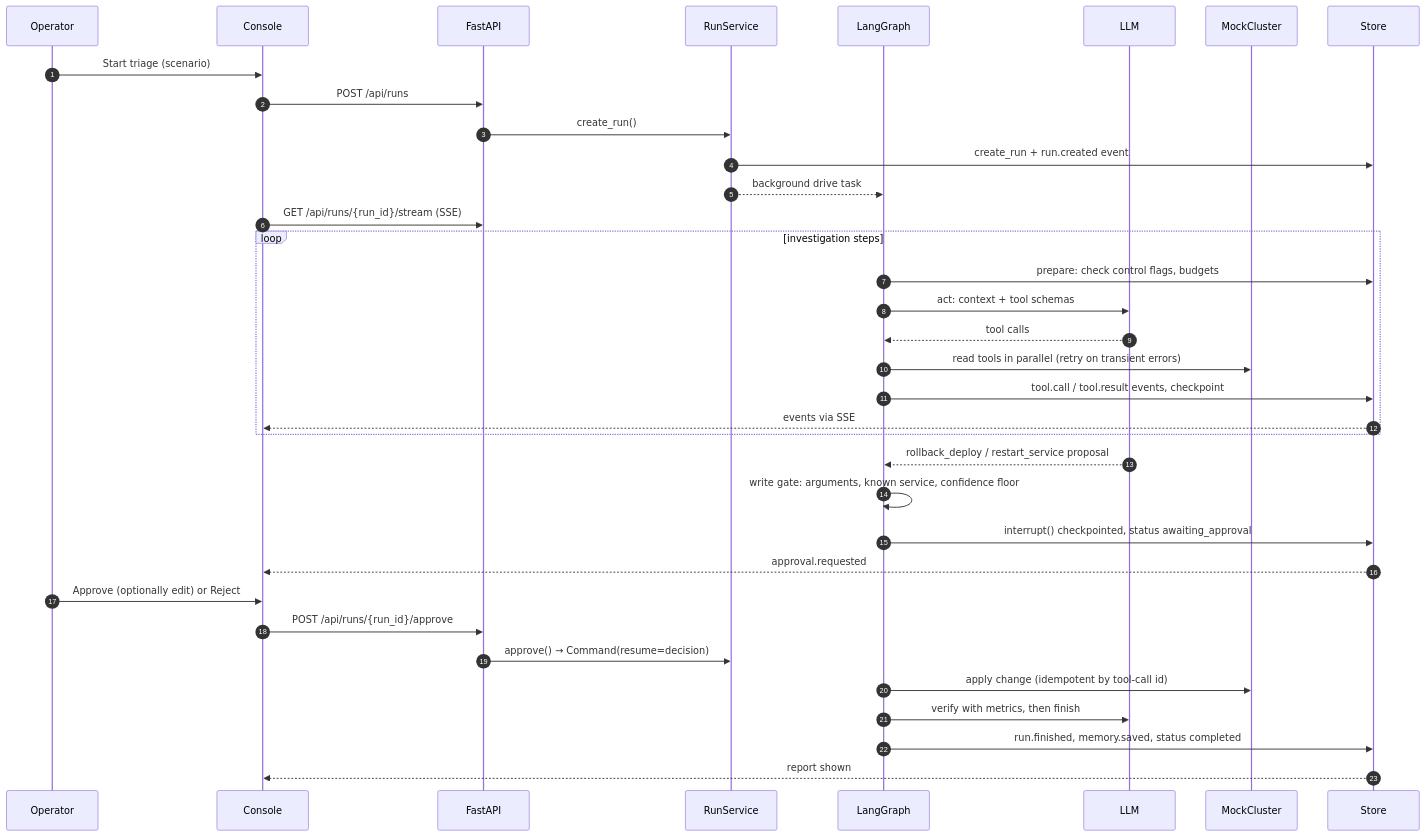
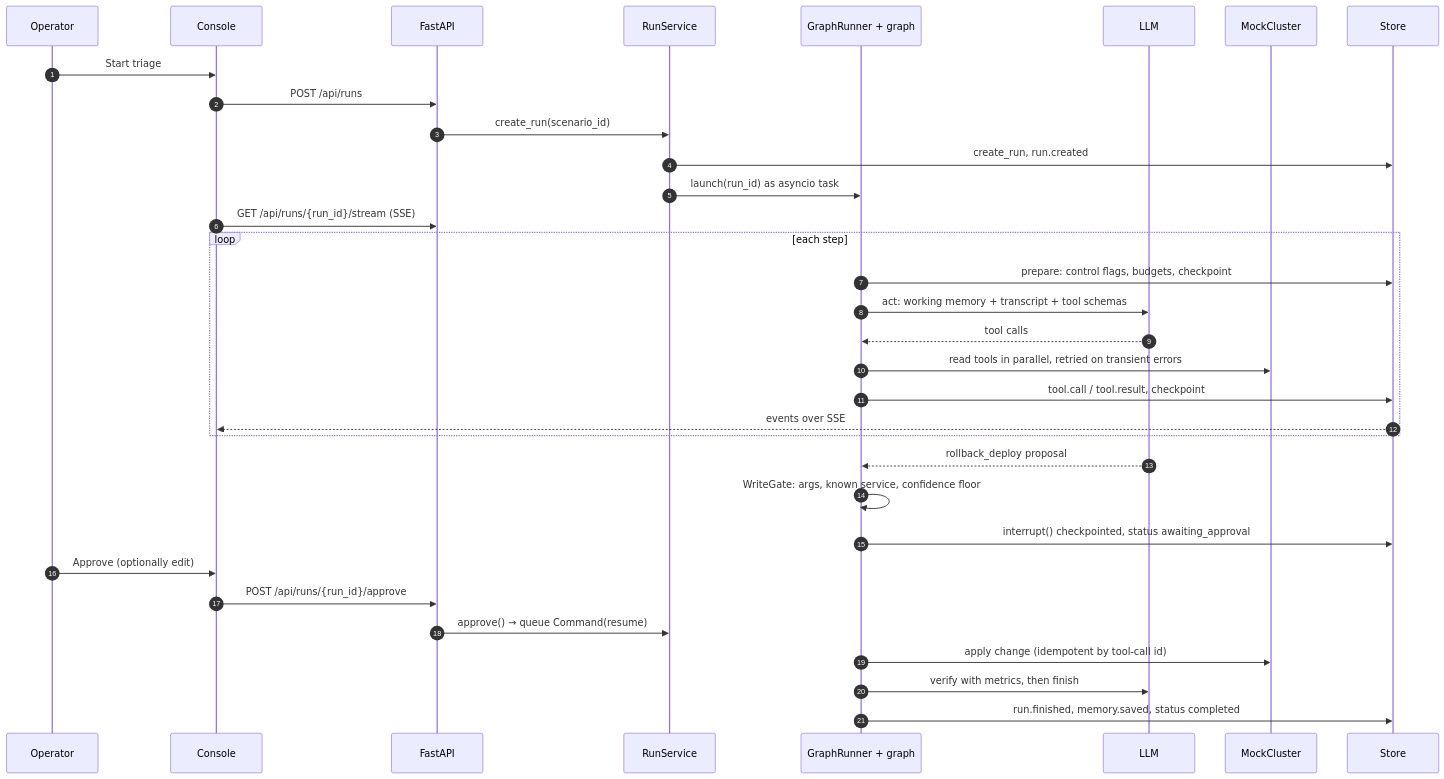
One commit to Zulfiqar7862/incident-triage-agent changed the third of 4 diagrams in docs/HLD.md. Above: the diagram before and after it, drawn with Mermaid. The commit also changed other lines of this file and 17 other files, not shown here.

````diff
--- a/docs/HLD.md
+++ b/docs/HLD.md
@@ -110,38 +134,36 @@
 ```mermaid
 sequenceDiagram
   autonumber
   participant Op as Operator
   participant UI as Console
   participant API as FastAPI
   participant RS as RunService
-  participant G as LangGraph
+  participant G as GraphRunner + graph
   participant M as LLM
   participant C as MockCluster
   participant S as Store
 
-  Op->>UI: Start triage (scenario)
+  Op->>UI: Start triage
   UI->>API: POST /api/runs
-  API->>RS: create_run()
-  RS->>S: create_run + run.created event
-  RS-->>G: background drive task
+  API->>RS: create_run(scenario_id)
+  RS->>S: create_run, run.created
+  RS->>G: launch(run_id) as asyncio task
   UI->>API: GET /api/runs/{run_id}/stream (SSE)
-  loop investigation steps
-    G->>S: prepare: check control flags, budgets
-    G->>M: act: context + tool schemas
+  loop each step
+    G->>S: prepare: control flags, budgets, checkpoint
+    G->>M: act: working memory + transcript + tool schemas
     M-->>G: tool calls
-    G->>C: read tools in parallel (retry on transient errors)
-    G->>S: tool.call / tool.result events, checkpoint
-    S-->>UI: events via SSE
+    G->>C: read tools in parallel, retried on transient errors
+    G->>S: tool.call / tool.result, checkpoint
+    S-->>UI: events over SSE
   end
-  M-->>G: rollback_deploy / restart_service proposal
-  G->>G: write gate: arguments, known service, confidence floor
+  M-->>G: rollback_deploy proposal
+  G->>G: WriteGate: args, known service, confidence floor
   G->>S: interrupt() checkpointed, status awaiting_approval
-  S-->>UI: approval.requested
-  Op->>UI: Approve (optionally edit) or Reject
+  Op->>UI: Approve (optionally edit)
   UI->>API: POST /api/runs/{run_id}/approve
-  API->>RS: approve() → Command(resume=decision)
+  API->>RS: approve() → queue Command(resume)
   G->>C: apply change (idempotent by tool-call id)
   G->>M: verify with metrics, then finish
   G->>S: run.finished, memory.saved, status completed
-  S-->>UI: report shown
 ```
````
